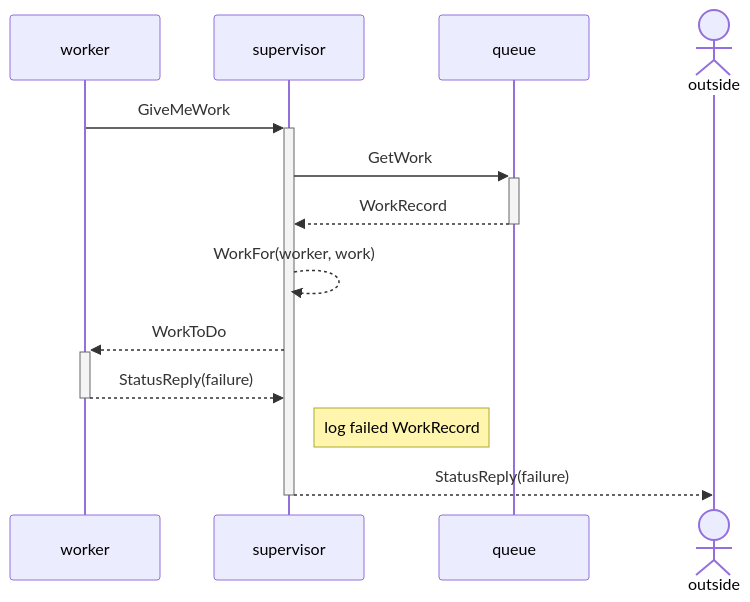
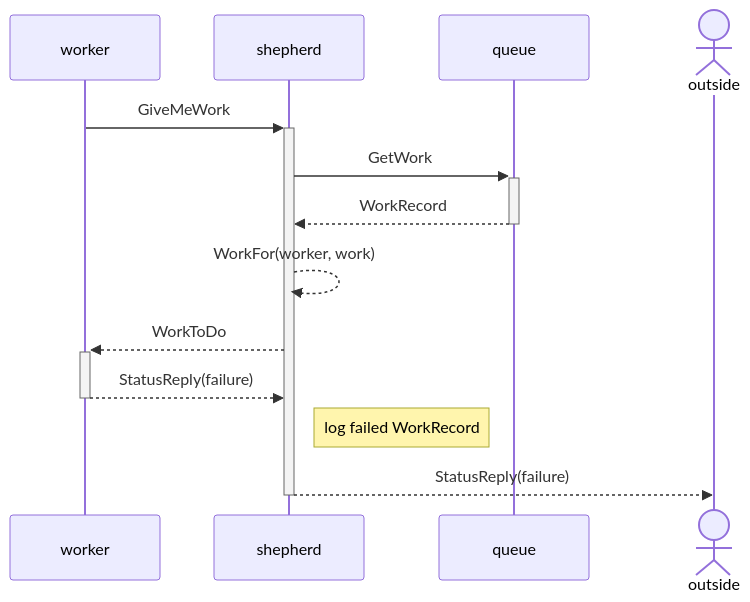
The seventh of 7 diagrams in README.md (popiel/worker-pool), drawn with Mermaid before and after one commit. The commit also changed other lines of this file, not shown here.

Commit message:
Rename supervisor to shepherd to highlight added responsibility

````diff
--- a/README.md
+++ b/README.md
@@ -130,15 +130,15 @@
 ```mermaid
 sequenceDiagram
 participant worker
-participant supervisor
+participant shepherd
 participant queue
 actor outside
-worker ->>+ supervisor: GiveMeWork
-supervisor ->>+ queue: GetWork
-queue -->>- supervisor: WorkRecord
-supervisor -->> supervisor: WorkFor(worker, work)
-supervisor -->>+ worker: WorkToDo
-worker -->>- supervisor: StatusReply(failure)
-note right of supervisor: log failed WorkRecord
-supervisor -->>- outside: StatusReply(failure)
+worker ->>+ shepherd: GiveMeWork
+shepherd ->>+ queue: GetWork
+queue -->>- shepherd: WorkRecord
+shepherd -->> shepherd: WorkFor(worker, work)
+shepherd -->>+ worker: WorkToDo
+worker -->>- shepherd: StatusReply(failure)
+note right of shepherd: log failed WorkRecord
+shepherd -->>- outside: StatusReply(failure)
 ```
````
